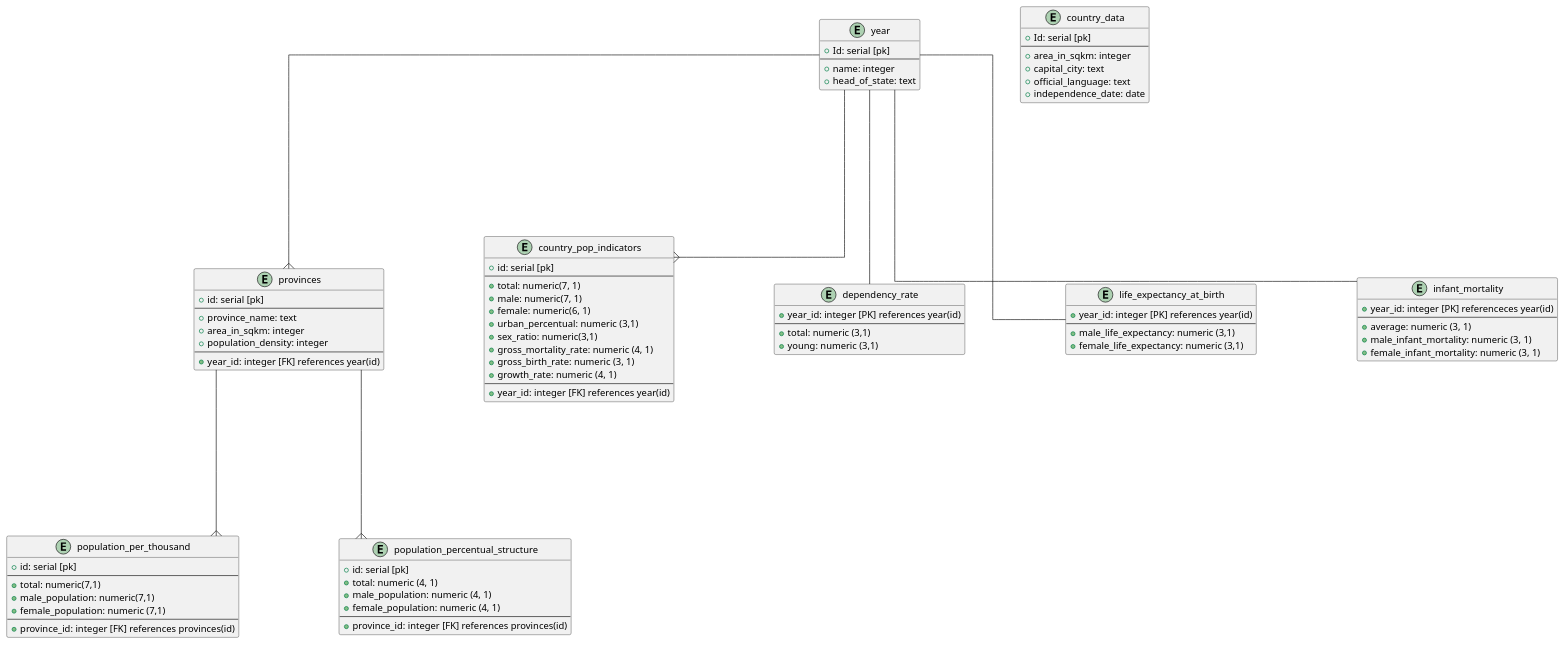
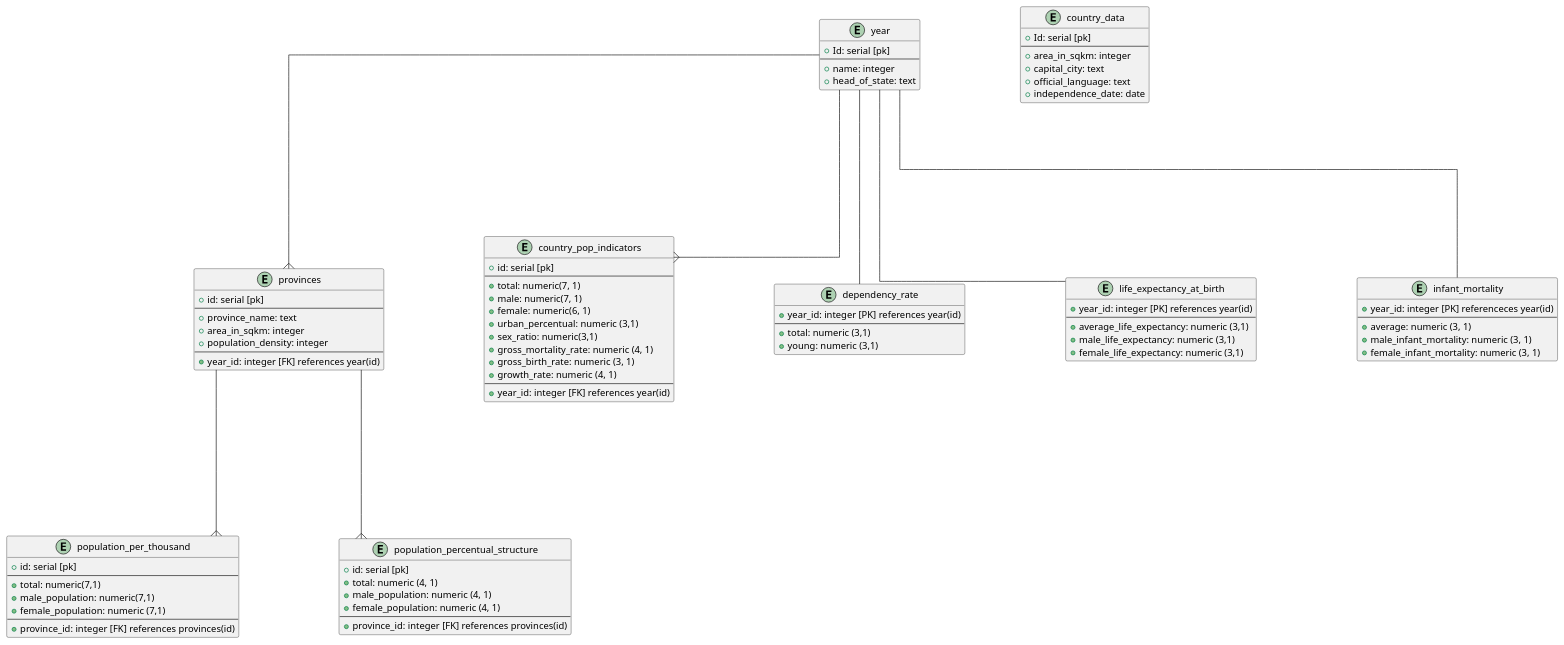
Before and after one commit to therakius/moz-demog-api: the diagram in dbschema.puml, drawn with PlantUML.

Commit message:
updatd table 'life_expectancy', added column 'average_life_expectancy'

```diff
--- a/dbschema.puml
+++ b/dbschema.puml
@@ -1,106 +1,107 @@
 @startuml moz_database
 skinparam {
     Nodesep 150
     Ranksep 200
     Linetype ortho
 }
 
 skinparam entity {
     BackgroundColor LightBlue
     FontSize 14
     ArrowThickness 1
 }
 
 entity year {
     + Id: serial [pk]
     --
     + name: integer
     + head_of_state: text
 }
 
 entity country_data {
     + Id: serial [pk]
     --
     + area_in_sqkm: integer
     + capital_city: text
     + official_language: text
     + independence_date: date
 }
 
 entity provinces {
    + id: serial [pk]
    --
    + province_name: text
    + area_in_sqkm: integer
    + population_density: integer
    --
    + year_id: integer [FK] references year(id)
 }
 
 entity population_per_thousand{
     + id: serial [pk]
     --
     + total: numeric(7,1)
     + male_population: numeric(7,1)
     + female_population: numeric (7,1)
     --
     + province_id: integer [FK] references provinces(id)
 }
 
 entity population_percentual_structure {
     + id: serial [pk]
     + total: numeric (4, 1)
     + male_population: numeric (4, 1)
     + female_population: numeric (4, 1)
     --
     + province_id: integer [FK] references provinces(id)
 }
 
 
 entity country_pop_indicators {
     + id: serial [pk]
     --
     + total: numeric(7, 1)
     + male: numeric(7, 1)
     + female: numeric(6, 1)
     + urban_percentual: numeric (3,1)
     + sex_ratio: numeric(3,1)
     + gross_mortality_rate: numeric (4, 1)
     + gross_birth_rate: numeric (3, 1)
     + growth_rate: numeric (4, 1)
     --
     + year_id: integer [FK] references year(id)
 }
 
 entity dependency_rate {
     + year_id: integer [PK] references year(id)
     --
     + total: numeric (3,1)
     + young: numeric (3,1)
 }
 
 entity life_expectancy_at_birth {
     + year_id: integer [PK] references year(id)
     --
+    + average_life_expectancy: numeric (3,1)
     + male_life_expectancy: numeric (3,1)
     + female_life_expectancy: numeric (3,1)
 }
 
 entity infant_mortality {
     + year_id: integer [PK] referenceces year(id)
     --
     + average: numeric (3, 1)
     + male_infant_mortality: numeric (3, 1)
     + female_infant_mortality: numeric (3, 1) 
 }
 
 'relashionships:
 year --{ provinces
 provinces --{ population_per_thousand
 provinces --{ population_percentual_structure
 year -- life_expectancy_at_birth
 year --{ country_pop_indicators
 year -- dependency_rate
 year -- infant_mortality
 
 @enduml
```
